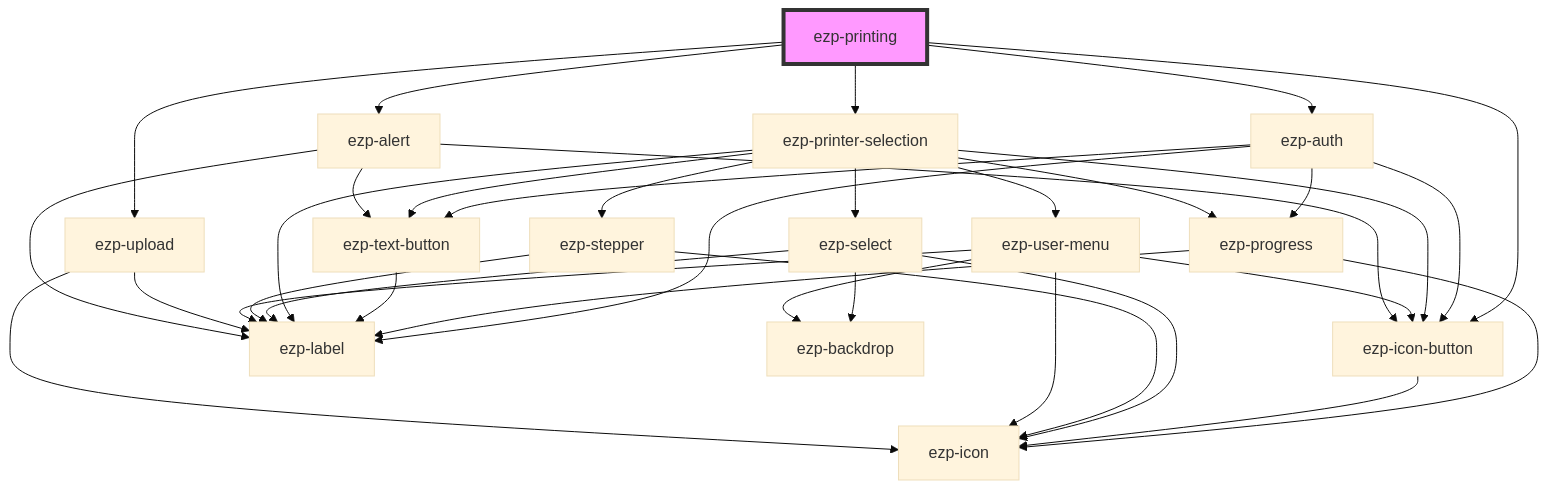
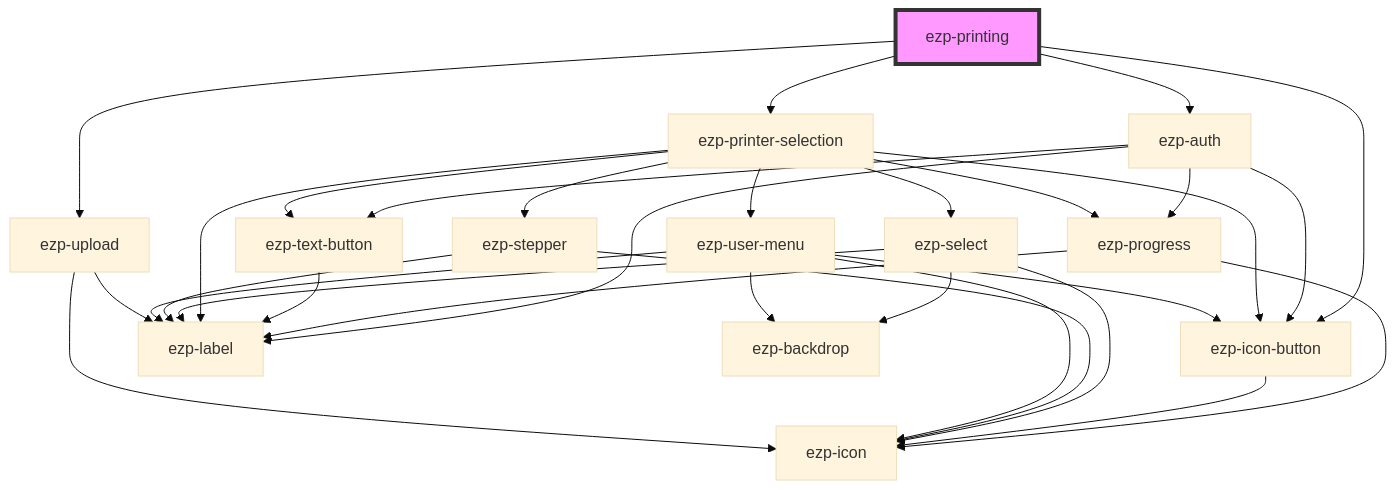
Before and after one commit to ezeep/ezeep-js: the diagram in src/components/ezp-printing/readme.md, drawn with Mermaid (base theme). The commit also changed other lines of this file and 6 other files, not shown here.

````diff
--- a/src/components/ezp-printing/readme.md
+++ b/src/components/ezp-printing/readme.md
@@ -45,38 +44,34 @@
 ```mermaid
 graph TD;
   ezp-printing --> ezp-auth
   ezp-printing --> ezp-printer-selection
   ezp-printing --> ezp-upload
   ezp-printing --> ezp-icon-button
-  ezp-printing --> ezp-alert
   ezp-auth --> ezp-progress
   ezp-auth --> ezp-icon-button
   ezp-auth --> ezp-label
   ezp-auth --> ezp-text-button
   ezp-progress --> ezp-icon
   ezp-progress --> ezp-label
   ezp-icon-button --> ezp-icon
   ezp-text-button --> ezp-label
   ezp-printer-selection --> ezp-progress
   ezp-printer-selection --> ezp-text-button
   ezp-printer-selection --> ezp-label
   ezp-printer-selection --> ezp-icon-button
   ezp-printer-selection --> ezp-select
   ezp-printer-selection --> ezp-stepper
   ezp-printer-selection --> ezp-user-menu
   ezp-select --> ezp-backdrop
   ezp-select --> ezp-icon
   ezp-select --> ezp-label
   ezp-stepper --> ezp-icon
   ezp-stepper --> ezp-label
   ezp-user-menu --> ezp-backdrop
   ezp-user-menu --> ezp-label
   ezp-user-menu --> ezp-icon-button
   ezp-user-menu --> ezp-icon
   ezp-upload --> ezp-icon
   ezp-upload --> ezp-label
-  ezp-alert --> ezp-icon-button
-  ezp-alert --> ezp-label
-  ezp-alert --> ezp-text-button
   style ezp-printing fill:#f9f,stroke:#333,stroke-width:4px
 ```
````
